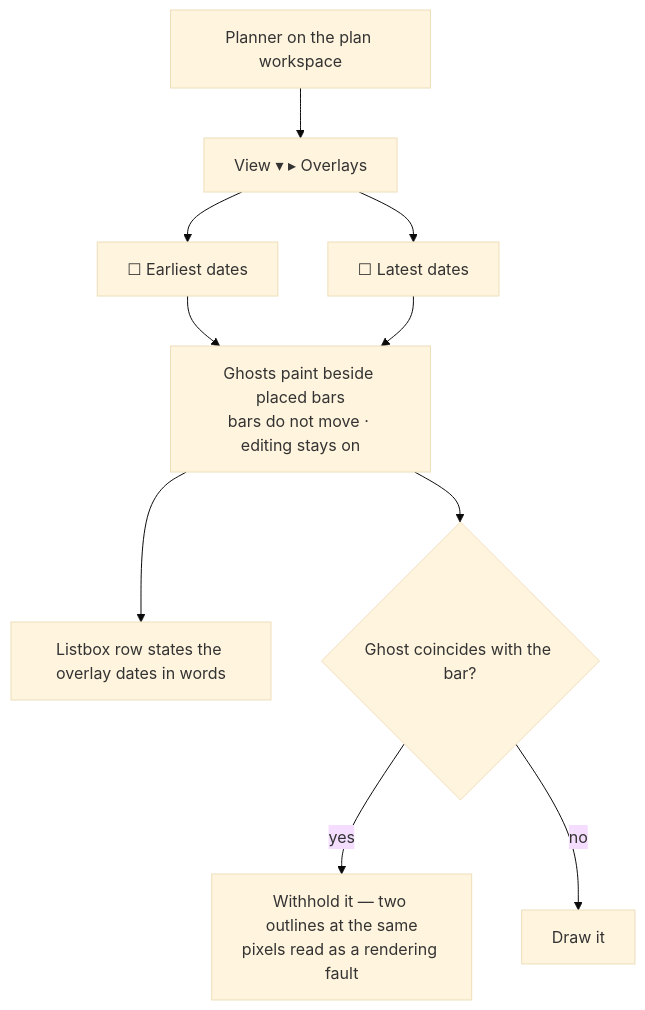
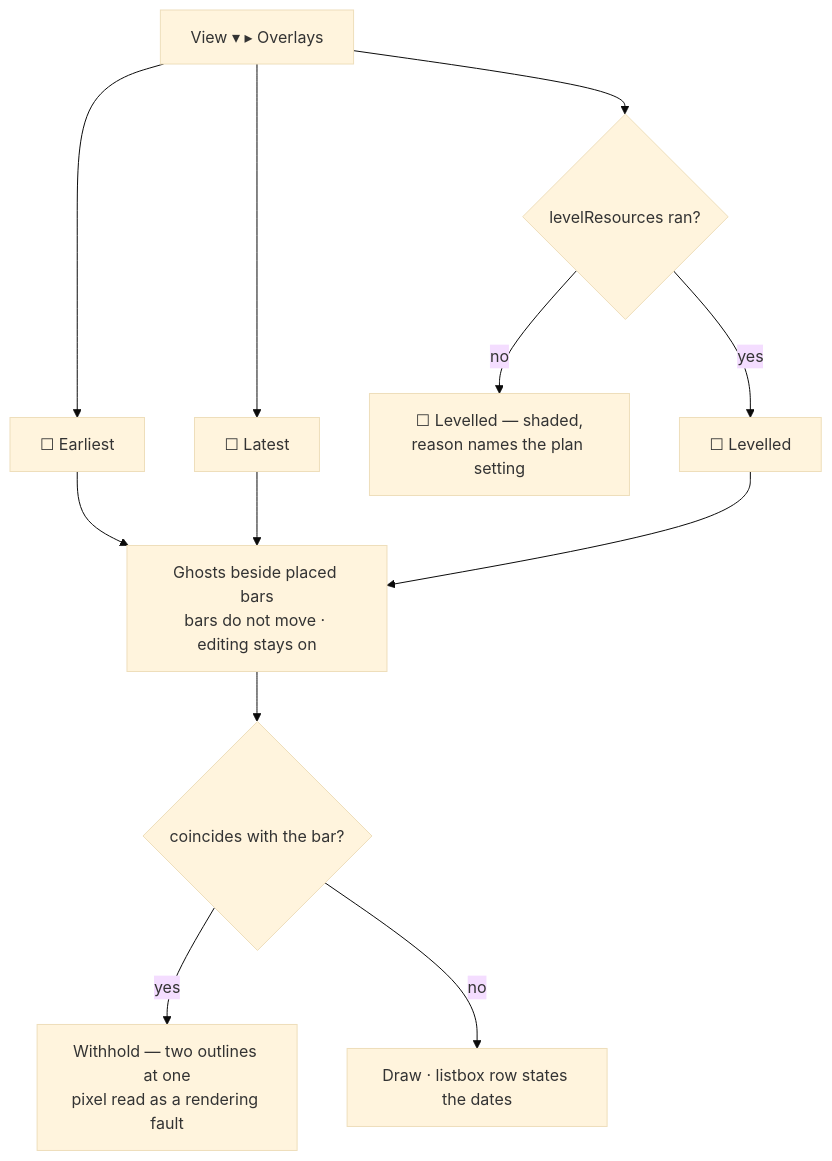
One commit to HuttonHomeHub/SchedulePoint_1 changed the fourth of 5 diagrams in docs/specs/one-planning-surface/feature-spec.md. Above: the diagram before and after it, drawn with Mermaid (base theme). The commit also changed other lines of this file and 2 other files, not shown here.

````diff
--- a/docs/specs/one-planning-surface/feature-spec.md
+++ b/docs/specs/one-planning-surface/feature-spec.md
@@ -622,12 +583,10 @@
 ```mermaid
 flowchart TD
-  S["Planner on the plan workspace"] --> V["View ▾ ▸ Overlays"]
-  V --> E["☐ Earliest dates"]
-  V --> L["☐ Latest dates"]
-  E --> D["Ghosts paint beside placed bars<br/>bars do not move · editing stays on"]
-  L --> D
-  D --> R["Listbox row states the overlay dates in words"]
-  D --> Q{"Ghost coincides with the bar?"}
-  Q -->|yes| W["Withhold it — two outlines at the same<br/>pixels read as a rendering fault"]
-  Q -->|no| P["Draw it"]
+  V["View ▾ ▸ Overlays"] --> E["☐ Earliest"] & L["☐ Latest"] --> D
+  V --> LV{"levelResources ran?"}
+  LV -->|no| S["☐ Levelled — shaded,<br/>reason names the plan setting"]
+  LV -->|yes| LC["☐ Levelled"] --> D
+  D["Ghosts beside placed bars<br/>bars do not move · editing stays on"] --> Q{"coincides with the bar?"}
+  Q -->|yes| W["Withhold — two outlines at one<br/>pixel read as a rendering fault"]
+  Q -->|no| P["Draw · listbox row states the dates"]
 ```
````
